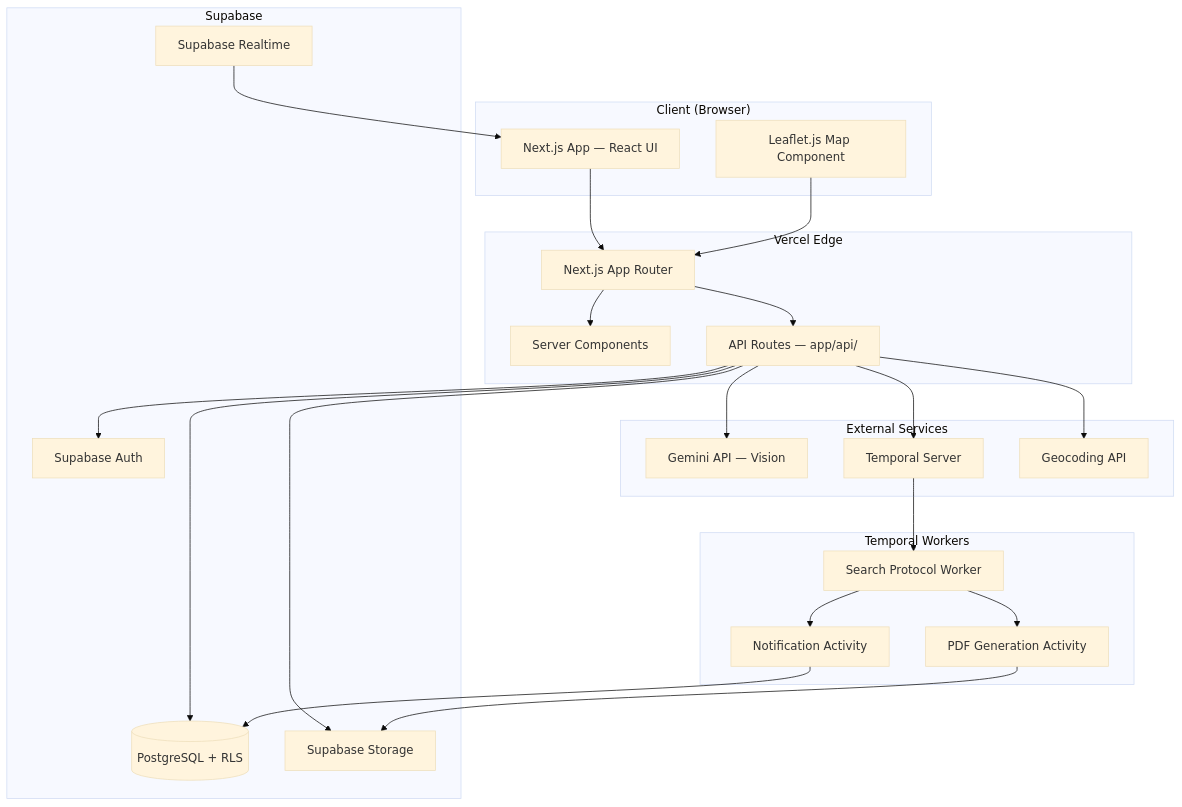
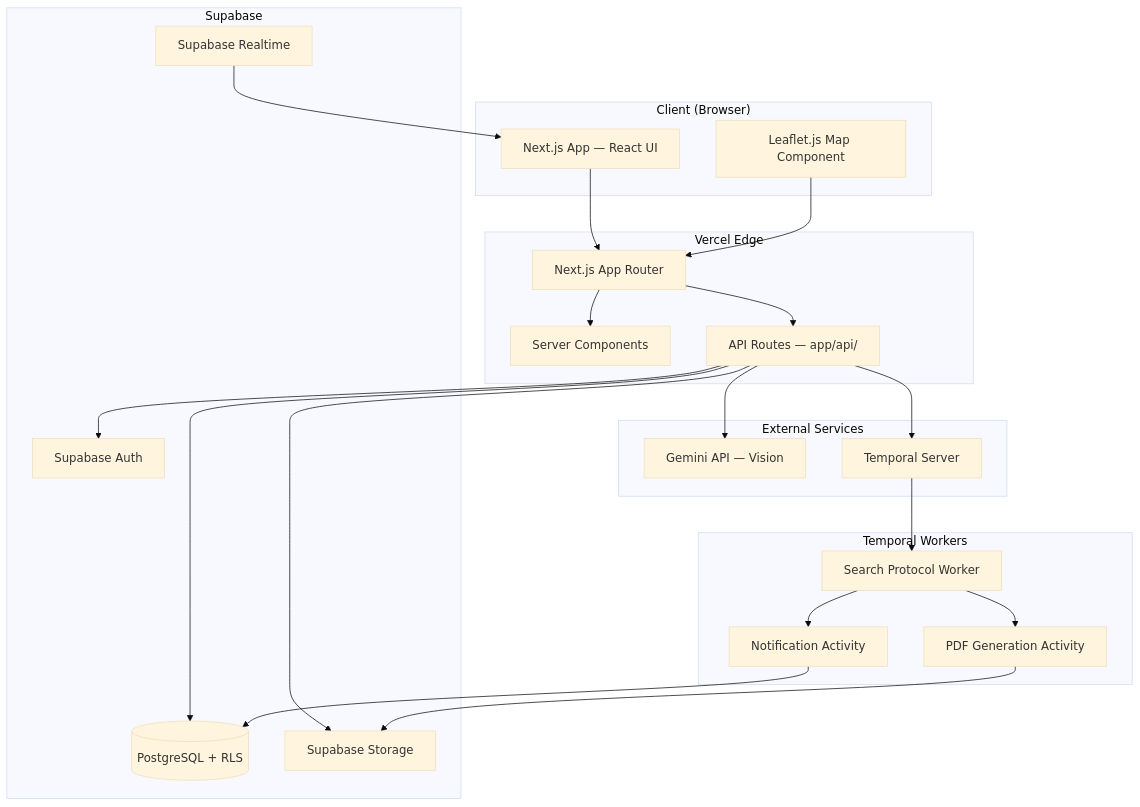
The first of 3 diagrams in .kiro/specs/meowtrix/design.md (tranviet0710/meowtrix), drawn with Mermaid (base theme) before and after one commit. The commit also changed other lines of this file, not shown here.

````diff
--- a/.kiro/specs/meowtrix/design.md
+++ b/.kiro/specs/meowtrix/design.md
@@ -23,49 +24,47 @@
 ```mermaid
 graph TB
     subgraph "Client (Browser)"
         UI[Next.js App — React UI]
         LeafletMap[Leaflet.js Map Component]
     end
 
     subgraph "Vercel Edge"
         AppRouter[Next.js App Router]
         ServerComponents[Server Components]
         APIRoutes[API Routes — app/api/]
     end
 
     subgraph "Supabase"
         SupaAuth[Supabase Auth]
         SupaDB[(PostgreSQL + RLS)]
         SupaStorage[Supabase Storage]
         SupaRealtime[Supabase Realtime]
     end
 
     subgraph "External Services"
         Gemini[Gemini API — Vision]
         Temporal[Temporal Server]
-        Geocoding[Geocoding API]
     end
 
     subgraph "Temporal Workers"
         SearchWorker[Search Protocol Worker]
         PDFWorker[PDF Generation Activity]
         NotifyWorker[Notification Activity]
     end
 
     UI --> AppRouter
     LeafletMap --> AppRouter
     AppRouter --> ServerComponents
     AppRouter --> APIRoutes
     APIRoutes --> SupaAuth
     APIRoutes --> SupaDB
     APIRoutes --> SupaStorage
     APIRoutes --> Gemini
     APIRoutes --> Temporal
-    APIRoutes --> Geocoding
     SupaRealtime --> UI
     Temporal --> SearchWorker
     SearchWorker --> PDFWorker
     SearchWorker --> NotifyWorker
     NotifyWorker --> SupaDB
     PDFWorker --> SupaStorage
 ```
````
